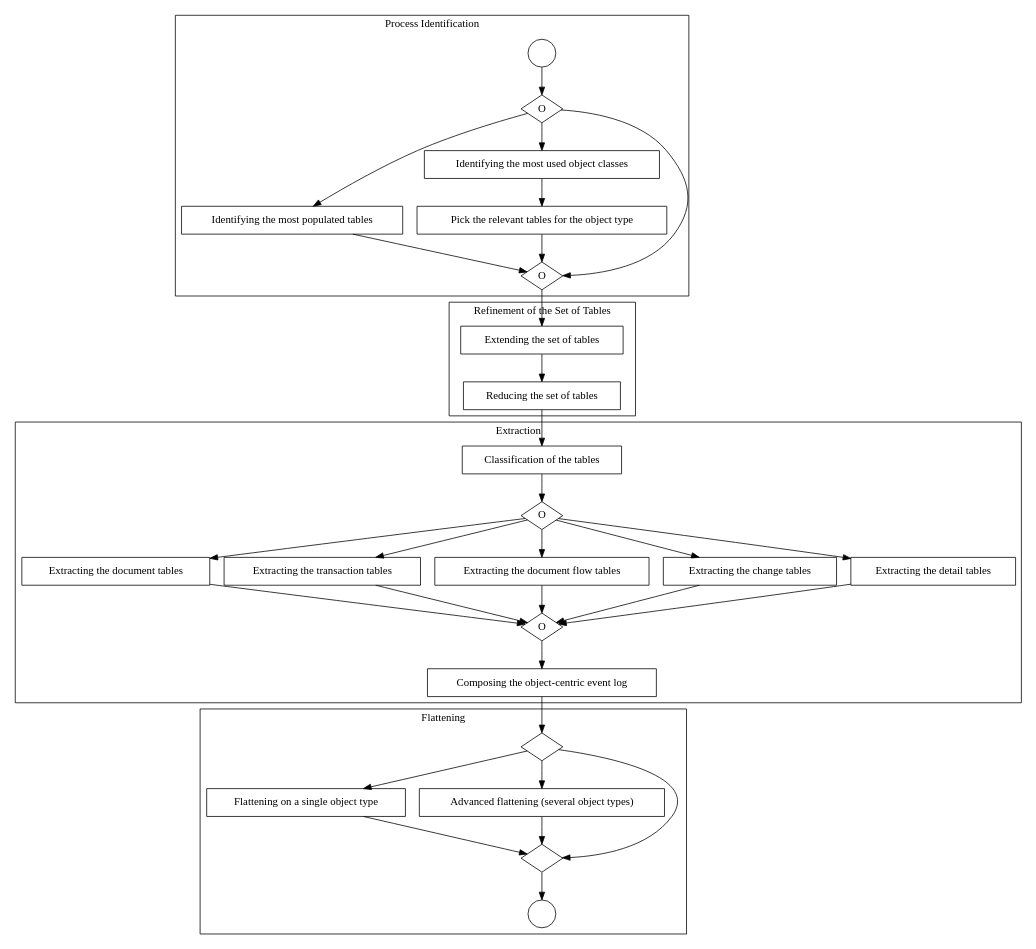
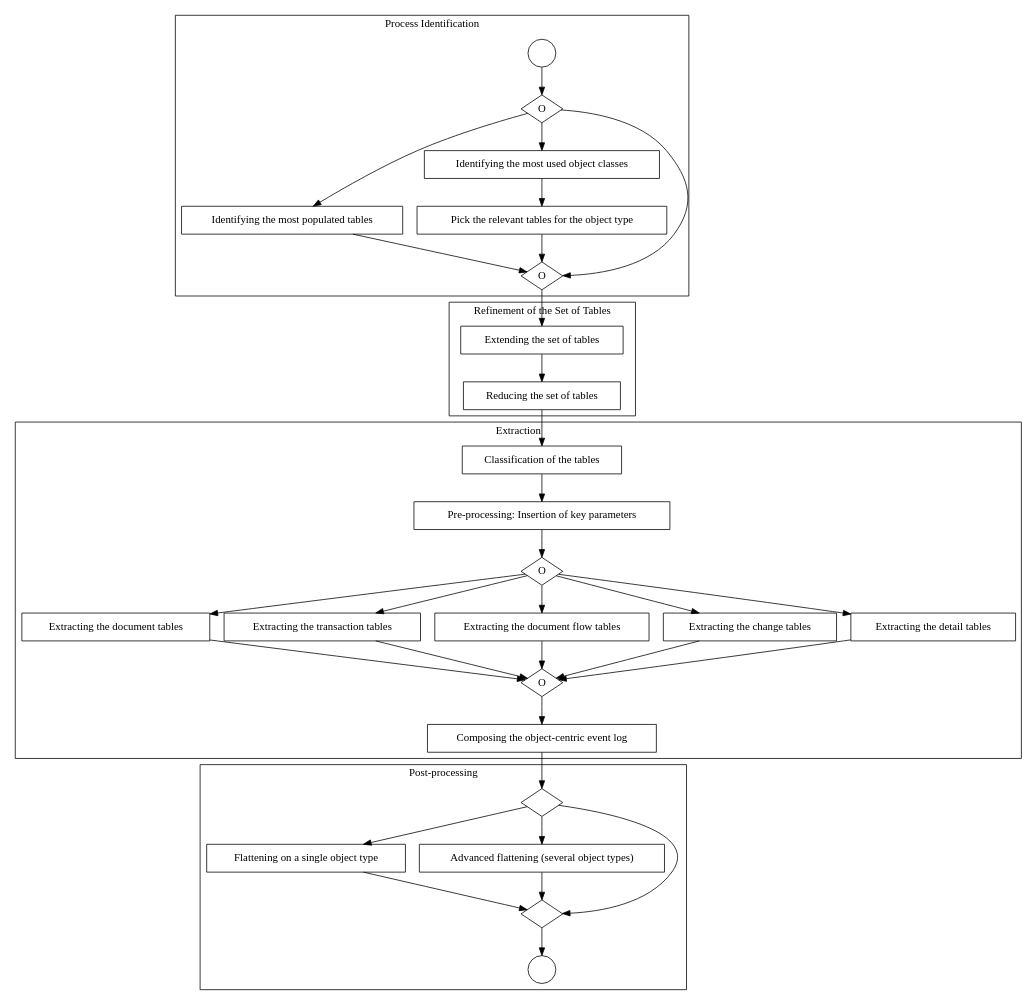
The diagram in sapextractor/diagrams/swimlanes.gv (Javert899/sap-extractor), drawn with Graphviz before and after one commit.

Commit message:
small changes

```diff
--- a/sapextractor/diagrams/swimlanes.gv
+++ b/sapextractor/diagrams/swimlanes.gv
@@ -1,65 +1,67 @@
 digraph G {
 subgraph cluster0 {
 label="Process Identification";
 start [shape=circle, label=""];
 gw1 [shape=diamond, label="O"];
 populatedtable [shape=box, label="Identifying the most populated tables"];
 usedobjectclasses [shape=box, label="Identifying the most used object classes"];
 relevanttablepertype [shape=box, label="Pick the relevant tables for the object type"];
 gw2 [shape=diamond, label="O"];
 }
 subgraph cluster1 {
 label="Refinement of the Set of Tables";
 extendingset [shape=box, label="Extending the set of tables"];
 reducingset [shape=box, label="Reducing the set of tables"];
 }
 subgraph cluster2 {
 label="Extraction";
 tableclassification [shape=box, label="Classification of the tables"];
+preprocessing [shape=box, label="Pre-processing: Insertion of key parameters"];
 gw3 [shape=diamond, label="O"];
 extractingdoctables [shape=box, label="Extracting the document tables"];
 extractingtranstables [shape=box, label="Extracting the transaction tables"];
 extractingdocflowtables [shape=box, label="Extracting the document flow tables"];
 extractingchangetables [shape=box, label="Extracting the change tables"];
 extractingdetailtables [shape=box, label="Extracting the detail tables"];
 gw4 [shape=diamond, label="O"];
 composingobjcentrlog [shape=box, label="Composing the object-centric event log"];
 }
 subgraph cluster3 {
-label="Flattening";
+label="Post-processing";
 gw5 [shape=diamond, label=""];
 flatteningsingleobjtype [shape=box, label="Flattening on a single object type"];
 advancedflattening [shape=box, label="Advanced flattening (several object types)"];
 gw6 [shape=diamond, label=""];
 end [shape=circle, label=""];
 }
 start -> gw1;
 gw1 -> populatedtable;
 gw1 -> usedobjectclasses;
 usedobjectclasses -> relevanttablepertype;
 populatedtable -> gw2;
 relevanttablepertype -> gw2;
 gw1 -> gw2;
 gw2 -> extendingset;
 extendingset -> reducingset;
 reducingset -> tableclassification;
-tableclassification -> gw3;
+tableclassification -> preprocessing;
+preprocessing -> gw3;
 gw3 -> extractingdoctables;
 gw3 -> extractingtranstables;
 gw3 -> extractingdocflowtables;
 gw3 -> extractingchangetables;
 gw3 -> extractingdetailtables;
 extractingdoctables -> gw4;
 extractingtranstables -> gw4;
 extractingdocflowtables -> gw4;
 extractingchangetables -> gw4;
 extractingdetailtables -> gw4;
 gw4 -> composingobjcentrlog;
 composingobjcentrlog -> gw5;
 gw5 -> flatteningsingleobjtype;
 gw5 -> advancedflattening;
 gw5 -> gw6;
 flatteningsingleobjtype -> gw6;
 advancedflattening -> gw6;
 gw6 -> end;
 }
```
